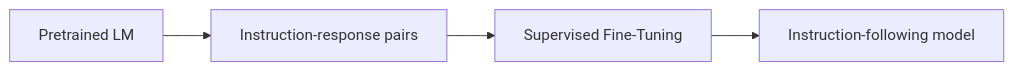
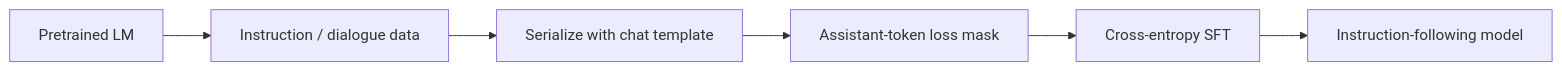
Before and after one commit to Yukun-Zheng/LLM-development: the first of 6 diagrams in 教材-book/03-对齐与ChatGPT-alignment-chatgpt.md, drawn with Mermaid. The commit also changed other lines of this file, not shown here.

````diff
--- a/教材-book/03-对齐与ChatGPT-alignment-chatgpt.md
+++ b/教材-book/03-对齐与ChatGPT-alignment-chatgpt.md
@@ -72,6 +110,8 @@
 ```mermaid
 flowchart LR
-    A[Pretrained LM] --> B[Instruction-response pairs]
-    B --> C[Supervised Fine-Tuning]
-    C --> D[Instruction-following model]
+    A[Pretrained LM] --> B[Instruction / dialogue data]
+    B --> C[Serialize with chat template]
+    C --> D[Assistant-token loss mask]
+    D --> E[Cross-entropy SFT]
+    E --> F[Instruction-following model]
 ```
````
